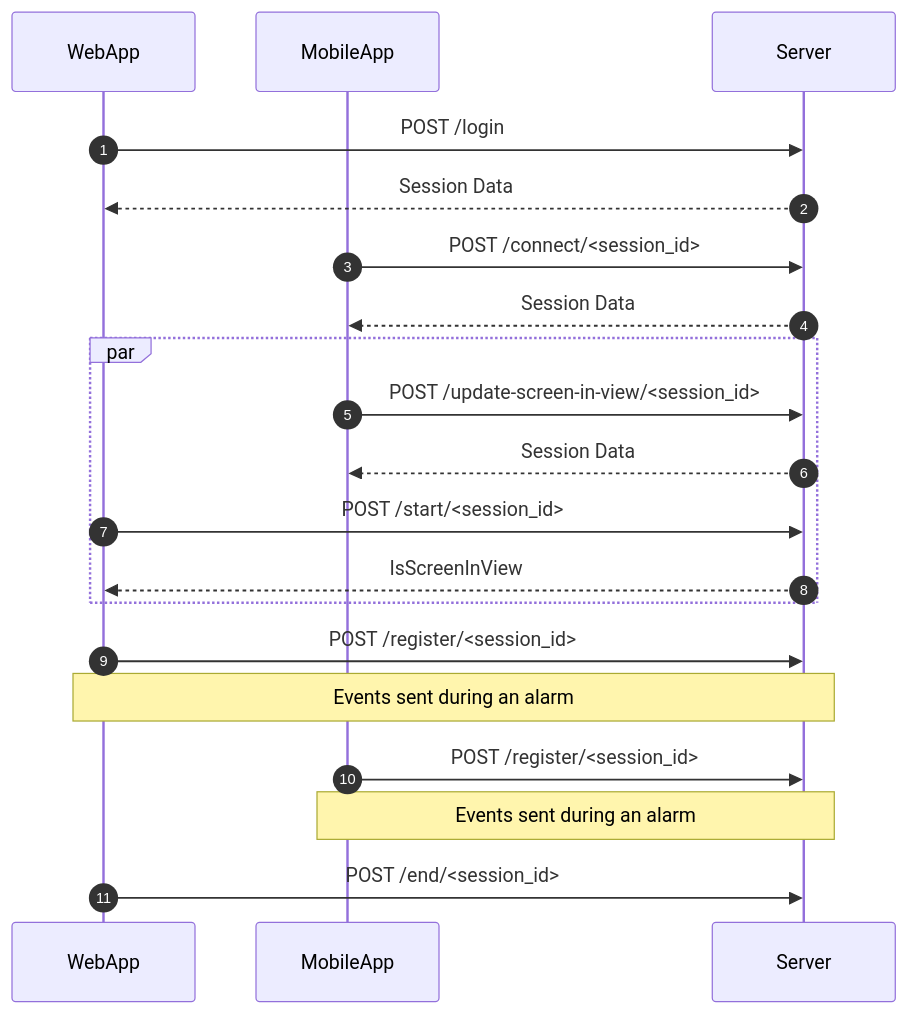
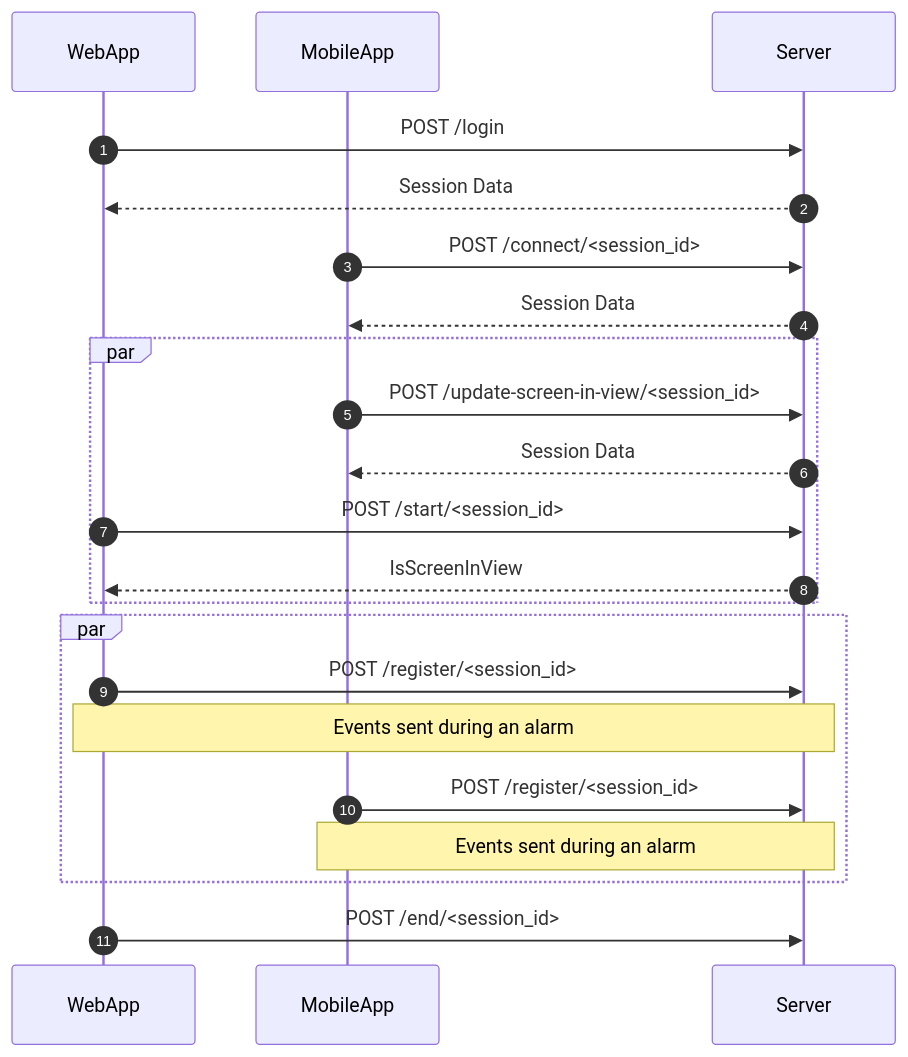
The second of 2 diagrams in SEQUENCE-DIAGRAM.md (institut-galilee/2022-ml-iot-m2-G9), drawn with Mermaid before and after one commit.

Commit message:
sequence diagram

````diff
--- a/SEQUENCE-DIAGRAM.md
+++ b/SEQUENCE-DIAGRAM.md
@@ -7,32 +7,33 @@
 ```mermaid
 sequenceDiagram
     autonumber
     participant WebApp
     participant MobileApp
     participant Server
     WebApp->>Server: POST /login
     Server-->>WebApp: Session Data
     MobileApp->>Server: POST /connect/<session_id>
     Server-->>MobileApp: Session Data
 
     par
     MobileApp->>Server: POST /update-screen-in-view/<session_id>
     Server-->>MobileApp: Session Data
     WebApp->>Server: POST /start/<session_id>
     Server-->>WebApp: IsScreenInView
     end
 
+    par
     WebApp->>Server: POST /register/<session_id>
     Note over WebApp,Server: Events sent during an alarm
 
 
 
     MobileApp->>Server: POST /register/<session_id>
     Note over MobileApp,Server: Events sent during an alarm
-
+    end
 
     WebApp->>Server: POST /end/<session_id>
    
 
     
 ```
````
